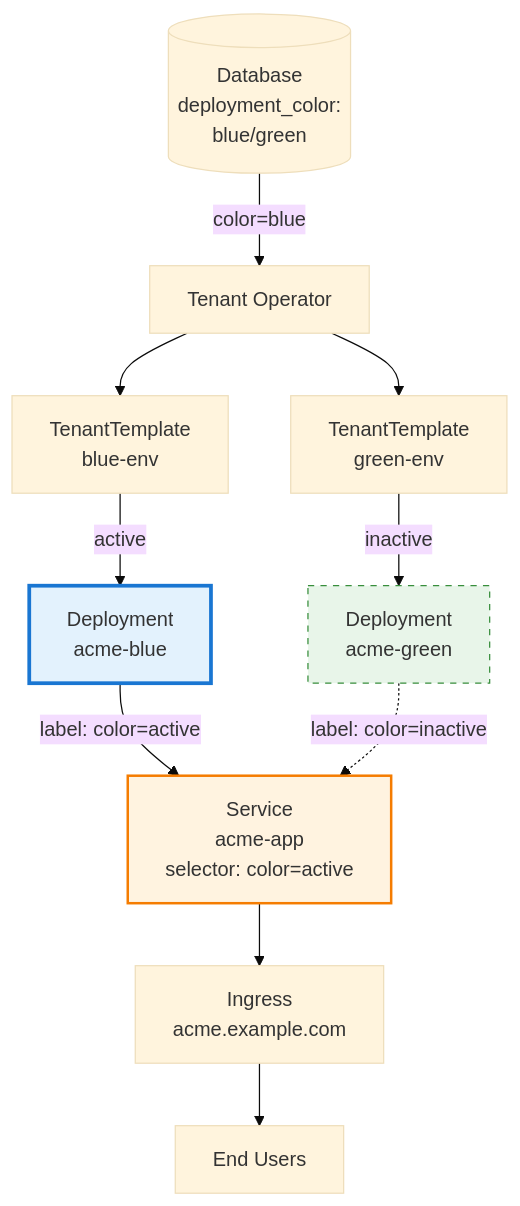
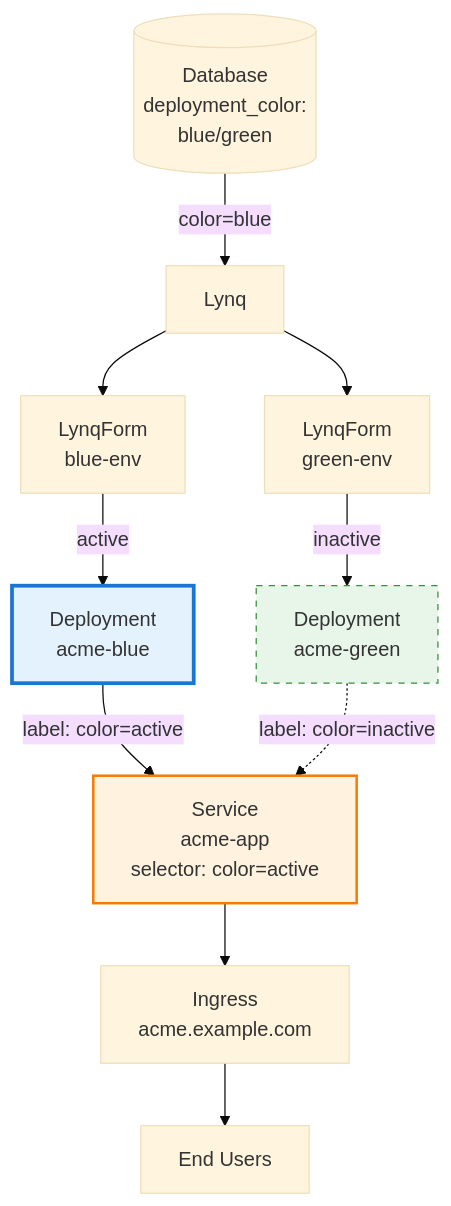
One commit to kubernetes-tenants/tenant-operator changed the diagram in docs/use-case-blue-green.md. Above: the diagram before and after it, drawn with Mermaid (base theme). The commit also changed other lines of this file and 193 other files, not shown here.

````diff
--- a/docs/use-case-blue-green.md
+++ b/docs/use-case-blue-green.md
@@ -15,35 +15,35 @@
 ```mermaid
 graph TB
     DB[(Database<br/>deployment_color:<br/>blue/green)]
 
-    TO[Tenant Operator]
+    TO[Lynq]
 
-    BlueTemplate[TenantTemplate<br/>blue-env]
-    GreenTemplate[TenantTemplate<br/>green-env]
+    BlueTemplate[LynqForm<br/>blue-env]
+    GreenTemplate[LynqForm<br/>green-env]
 
     BlueDeployment[Deployment<br/>acme-blue]
     GreenDeployment[Deployment<br/>acme-green]
 
     Service[Service<br/>acme-app<br/>selector: color=active]
 
     Ingress[Ingress<br/>acme.example.com]
 
     Users[End Users]
 
     DB -->|color=blue| TO
     TO --> BlueTemplate
     TO --> GreenTemplate
 
     BlueTemplate -->|active| BlueDeployment
     GreenTemplate -->|inactive| GreenDeployment
 
     BlueDeployment -->|label: color=active| Service
     GreenDeployment -.->|label: color=inactive| Service
 
     Service --> Ingress
     Ingress --> Users
 
     style BlueDeployment fill:#e3f2fd,stroke:#1976d2,stroke-width:3px
     style GreenDeployment fill:#e8f5e9,stroke:#388e3c,stroke-width:1px,stroke-dasharray: 5 5
     style Service fill:#fff3e0,stroke:#f57c00,stroke-width:2px
 ```
````
